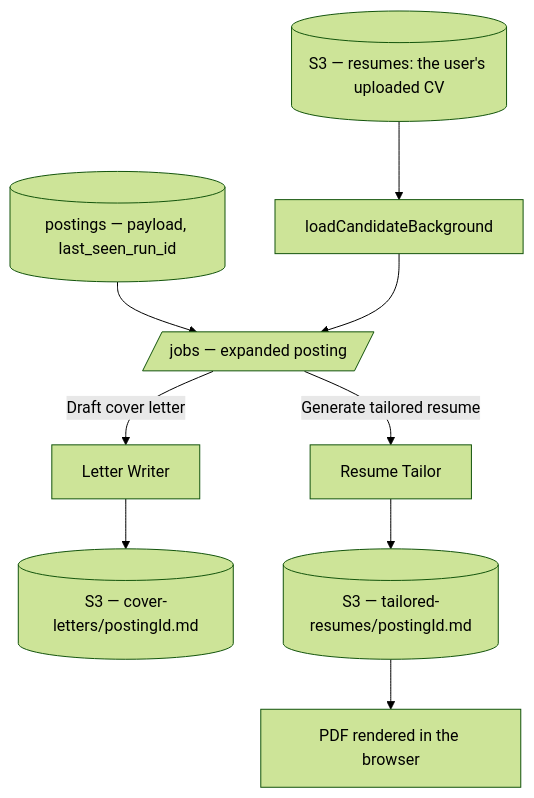
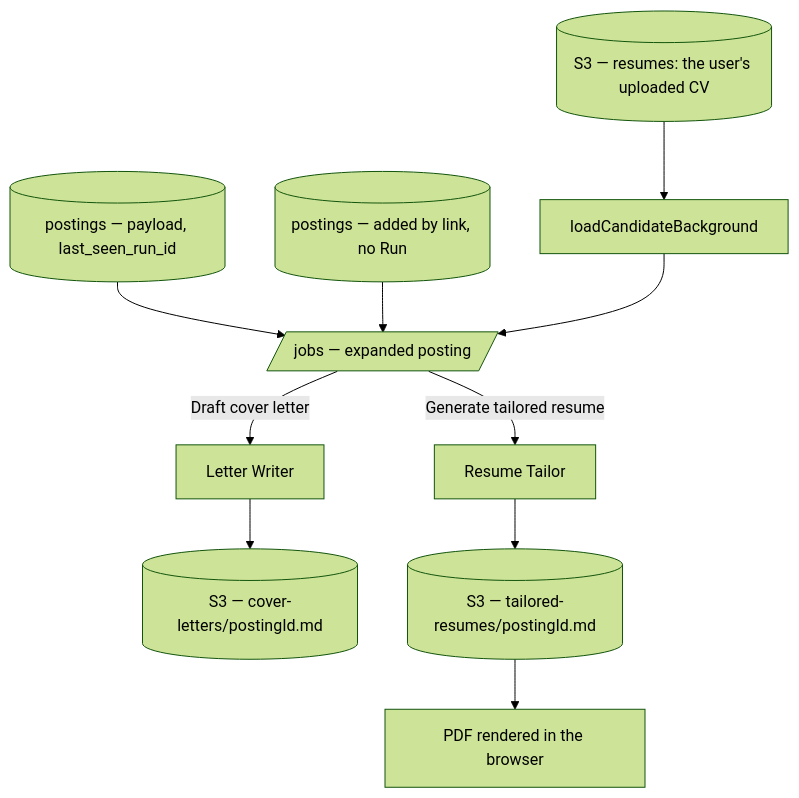
Before and after one commit to sunnyeyles/control-panel: the third of 4 diagrams in OVERVIEW.md, drawn with Mermaid (forest theme). The commit also changed other lines of this file and 50 other files, not shown here.

````diff
--- a/OVERVIEW.md
+++ b/OVERVIEW.md
@@ -135,11 +201,12 @@
 ```mermaid
 flowchart TD
     PT[(postings — payload, last_seen_run_id)] --> BR[/jobs — expanded posting/]
+    PT2[(postings — added by link, no Run)] --> BR
     DOC[(S3 — resumes: the user's uploaded CV)] --> BG[loadCandidateBackground]
     BG --> BR
     BR -->|Draft cover letter| LW[Letter Writer]
     BR -->|Generate tailored resume| RT[Resume Tailor]
     LW --> CL[(S3 — cover-letters/postingId.md)]
     RT --> TR[(S3 — tailored-resumes/postingId.md)]
     TR --> PDF[PDF rendered in the browser]
 ```
````
